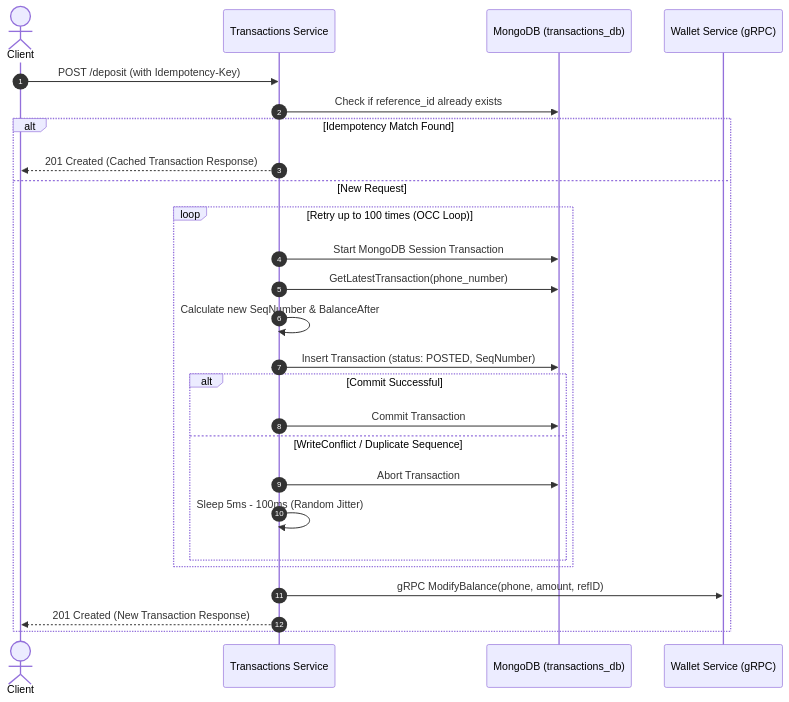
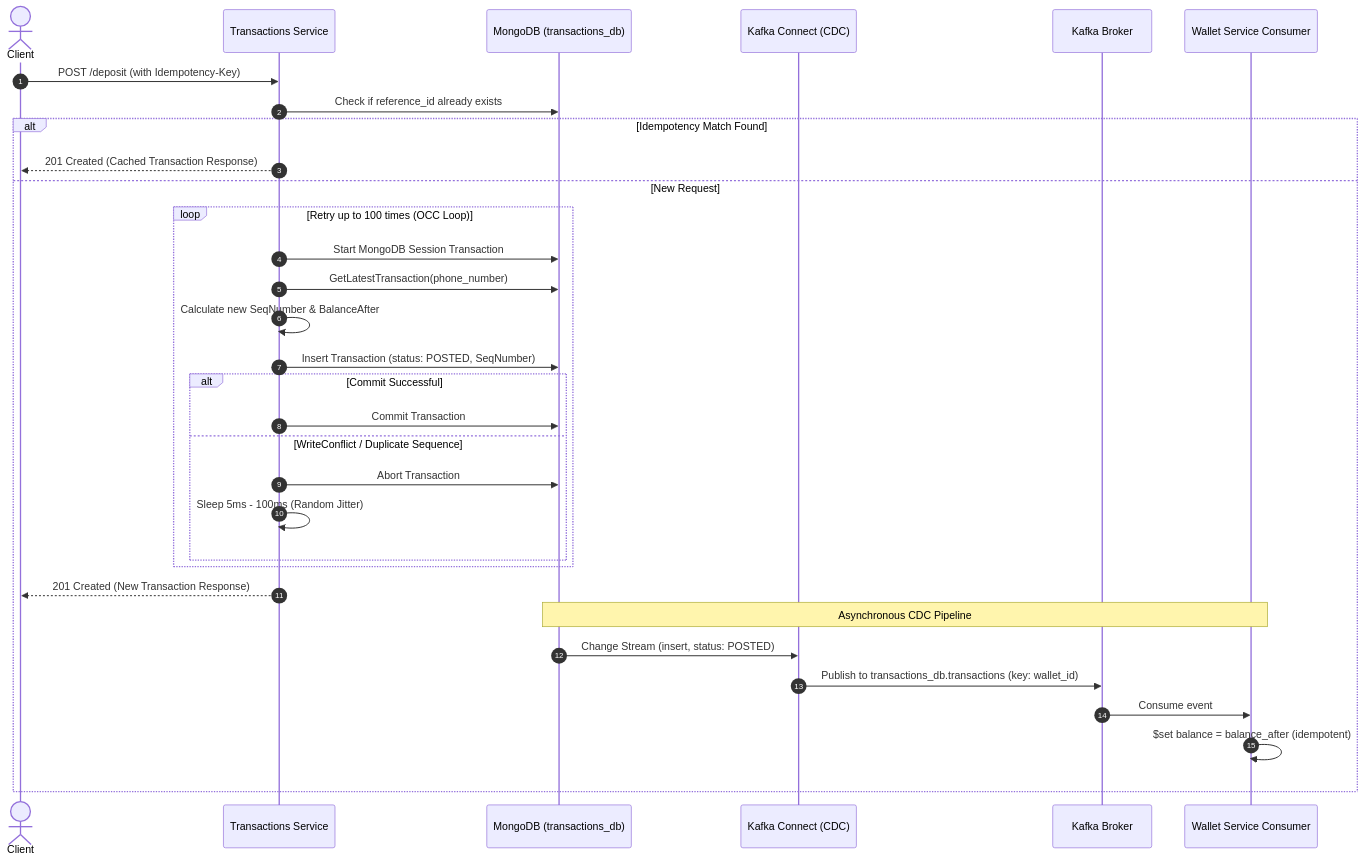
The diagram in README.md (Muhmd95/Transactions-Service), drawn with Mermaid before and after one commit. The commit also changed other lines of this file and 1 other file, not shown here.

Commit message:
docs: update README and ACID test documentation for clarity on wallet interactions and CDC

````diff
--- a/README.md
+++ b/README.md
@@ -98,29 +98,35 @@
 ```mermaid
 sequenceDiagram
     autonumber
     actor Client
     participant TX as Transactions Service
     participant DB as MongoDB (transactions_db)
-    participant Wallet as Wallet Service (gRPC)
+    participant KC as Kafka Connect (CDC)
+    participant K as Kafka Broker
+    participant WS as Wallet Service Consumer
 
     Client->>TX: POST /deposit (with Idempotency-Key)
     TX->>DB: Check if reference_id already exists
     alt Idempotency Match Found
         TX-->>Client: 201 Created (Cached Transaction Response)
     else New Request
         loop Retry up to 100 times (OCC Loop)
             TX->>DB: Start MongoDB Session Transaction
             TX->>DB: GetLatestTransaction(phone_number)
             TX->>TX: Calculate new SeqNumber & BalanceAfter
             TX->>DB: Insert Transaction (status: POSTED, SeqNumber)
             alt Commit Successful
                 TX->>DB: Commit Transaction
             else WriteConflict / Duplicate Sequence
                 TX->>DB: Abort Transaction
                 TX->>TX: Sleep 5ms - 100ms (Random Jitter)
             end
         end
-        TX->>Wallet: gRPC ModifyBalance(phone, amount, refID)
         TX-->>Client: 201 Created (New Transaction Response)
+        Note over DB,WS: Asynchronous CDC Pipeline
+        DB->>KC: Change Stream (insert, status: POSTED)
+        KC->>K: Publish to transactions_db.transactions (key: wallet_id)
+        K->>WS: Consume event
+        WS->>WS: $set balance = balance_after (idempotent)
     end
 ```
````
